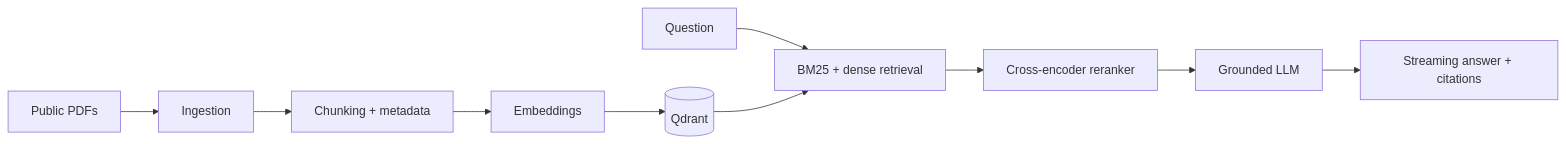
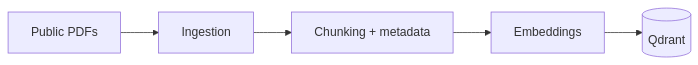
One commit to MayankYadav-ds/enterprise-rag-agent changed the diagram in README.md. Above: the diagram before and after it, drawn with Mermaid. The commit also changed other lines of this file and 5 other files, not shown here.

First line of the commit message:
docs: README and ARCHITECTURE overstate unimplemented components

````diff
--- a/README.md
+++ b/README.md
@@ -25,12 +23,7 @@
 ```mermaid
 flowchart LR
     D[Public PDFs] --> I[Ingestion]
     I --> C[Chunking + metadata]
     C --> E[Embeddings]
     E --> Q[(Qdrant)]
-    U[Question] --> R[BM25 + dense retrieval]
-    Q --> R
-    R --> X[Cross-encoder reranker]
-    X --> G[Grounded LLM]
-    G --> A[Streaming answer + citations]
 ```
````
